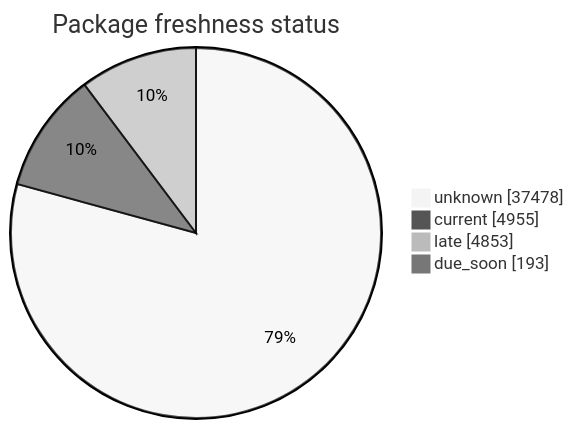
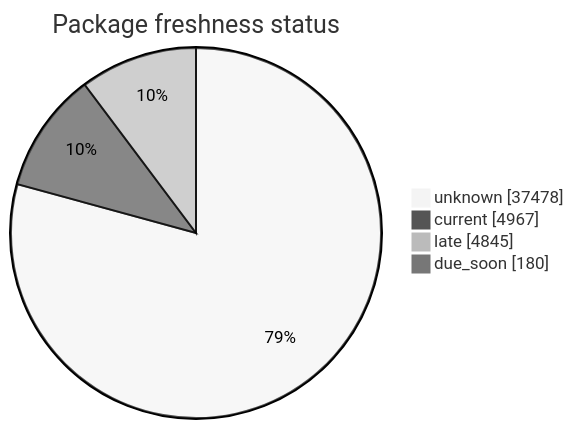
One commit to open-data/analytics-corporate-reporting changed the second of 5 diagrams in FreshCheck/README.md. Above: the diagram before and after it, drawn with Mermaid (neutral theme). The commit also changed other lines of this file and 3 other files, not shown here.

````diff
--- a/FreshCheck/README.md
+++ b/FreshCheck/README.md
@@ -69,7 +69,7 @@
 ```mermaid
 pie showData title Package freshness status
     "unknown": 37478
-    "current": 4955
-    "late": 4853
-    "due_soon": 193
+    "current": 4967
+    "late": 4845
+    "due_soon": 180
 ```
````
